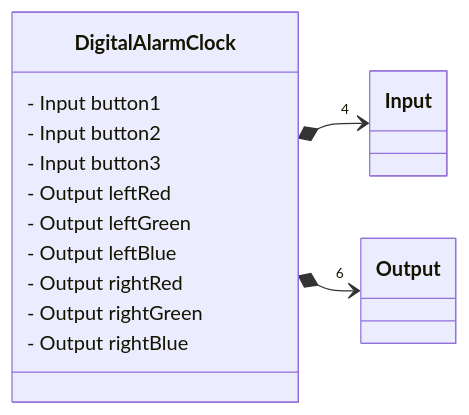
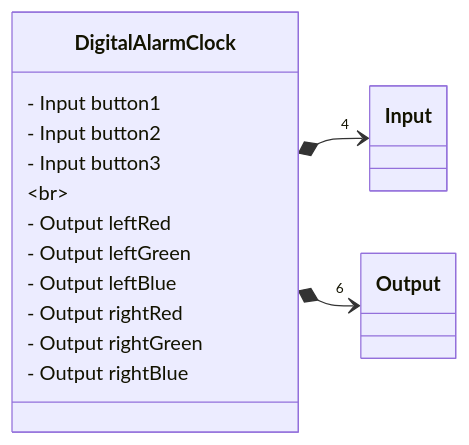
One commit to vermilion9312/digital-alarm-clock changed the diagram in README.md. Above: the diagram before and after it, drawn with Mermaid.

````diff
--- a/README.md
+++ b/README.md
@@ -10,27 +10,27 @@
 ```mermaid
 classDiagram
 direction LR
 
 class Input {
 }
 
 class Output {
 }
 
 class DigitalAlarmClock {
     - Input button1
     - Input button2
     - Input button3
-
+    <br/>
     - Output leftRed
     - Output leftGreen
     - Output leftBlue
 
     - Output rightRed
     - Output rightGreen
     - Output rightBlue
 }
 
 DigitalAlarmClock *--> "4" Input
 DigitalAlarmClock *--> "6" Output
 ```
````
